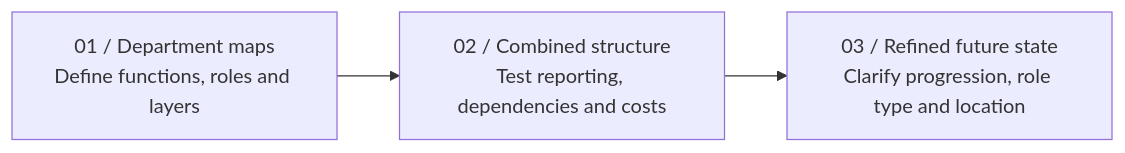
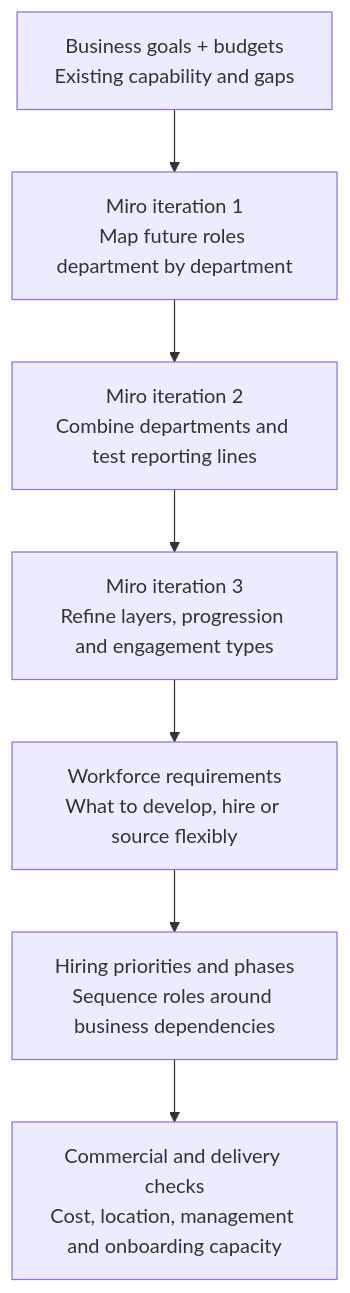
One commit to Beth-foster/Beth-foster changed the second of 3 diagrams in projects/organisational-growth.md. Above: the diagram before and after it, drawn with Mermaid. The commit also changed other lines of this file, not shown here.

Commit message:
Merge org design and workforce planning into hiring strategy case study section

````diff
--- a/projects/organisational-growth.md
+++ b/projects/organisational-growth.md
@@ -88,5 +88,11 @@
 ```mermaid
-flowchart LR
-    A["01 / Department maps<br/>Define functions, roles and layers"] --> B["02 / Combined structure<br/>Test reporting, dependencies and costs"]
-    B --> C["03 / Refined future state<br/>Clarify progression, role type and location"]
+flowchart TD
+    A["Business goals + budgets<br/>Existing capability and gaps"]
+    B["Miro iteration 1<br/>Map future roles department by department"]
+    C["Miro iteration 2<br/>Combine departments and test reporting lines"]
+    D["Miro iteration 3<br/>Refine layers, progression and engagement types"]
+    E["Workforce requirements<br/>What to develop, hire or source flexibly"]
+    F["Hiring priorities and phases<br/>Sequence roles around business dependencies"]
+    G["Commercial and delivery checks<br/>Cost, location, management and onboarding capacity"]
+    A --> B --> C --> D --> E --> F --> G
 ```
````
